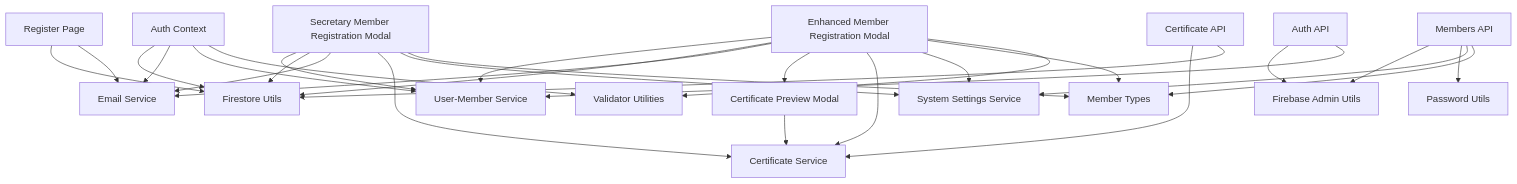
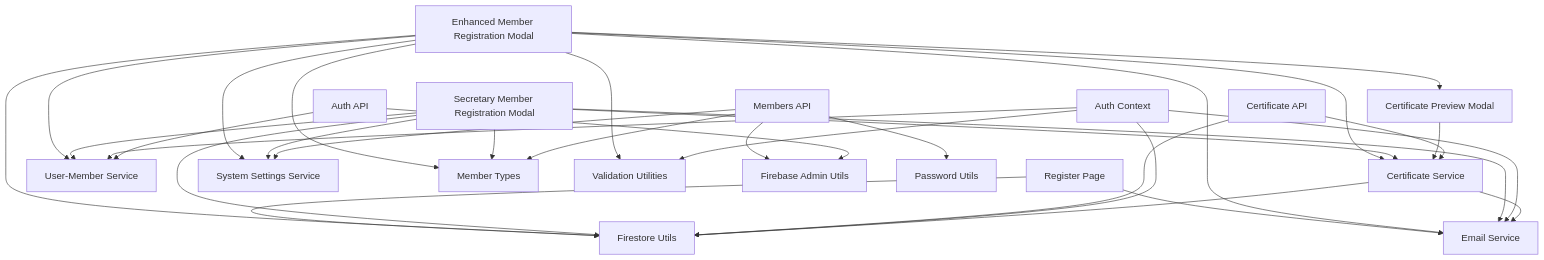
Before and after one commit to Unsure-bry/sampacoop_system: the sixth of 6 diagrams in .qoder/repowiki/en/content/Member Management System/Member Registration Workflow.md, drawn with Mermaid. The commit also changed other lines of this file and 3 other files, not shown here.

````diff
--- a/.qoder/repowiki/en/content/Member Management System/Member Registration Workflow.md
+++ b/.qoder/repowiki/en/content/Member Management System/Member Registration Workflow.md
@@ -627,32 +675,34 @@
 ```mermaid
 graph TB
 RP["Register Page"] --> FIRESTORE["Firestore Utils"]
 RP --> EMAIL["Email Service"]
 MRM["Enhanced Member Registration Modal"] --> UMS["User-Member Service"]
 MRM --> FIRESTORE
 MRM --> EMAIL
 MRM --> CPM["Certificate Preview Modal"]
 MRM --> CERTSERVICE["Certificate Service"]
 MRM --> SETTINGS["System Settings Service"]
 MRM --> MEMBERTYPES["Member Types"]
-MRM --> VALIDATORS["Validator Utilities"]
+MRM --> VALIDATORS["Validation Utilities"]
 SMRM["Secretary Member Registration Modal"] --> UMS
 SMRM --> FIRESTORE
 SMRM --> EMAIL
 SMRM --> CERTSERVICE
 SMRM --> SETTINGS
 SMRM --> MEMBERTYPES
 CPM --> CERTSERVICE
 API_MEM["Members API"] --> FB_ADMIN["Firebase Admin Utils"]
 API_MEM --> PWUTILS["Password Utils"]
 API_MEM --> SETTINGS
 API_MEM --> MEMBERTYPES
 API_CERT["Certificate API"] --> CERTSERVICE
 API_CERT --> FIRESTORE
 AUTHCTX["Auth Context"] --> FIRESTORE
 AUTHCTX --> EMAIL
 AUTHCTX --> UMS
 AUTHCTX --> VALIDATORS
 API_AUTH["Auth API"] --> FB_ADMIN
 API_AUTH --> UMS
+CERTSERVICE --> EMAIL
+CERTSERVICE --> FIRESTORE
 ```
````
